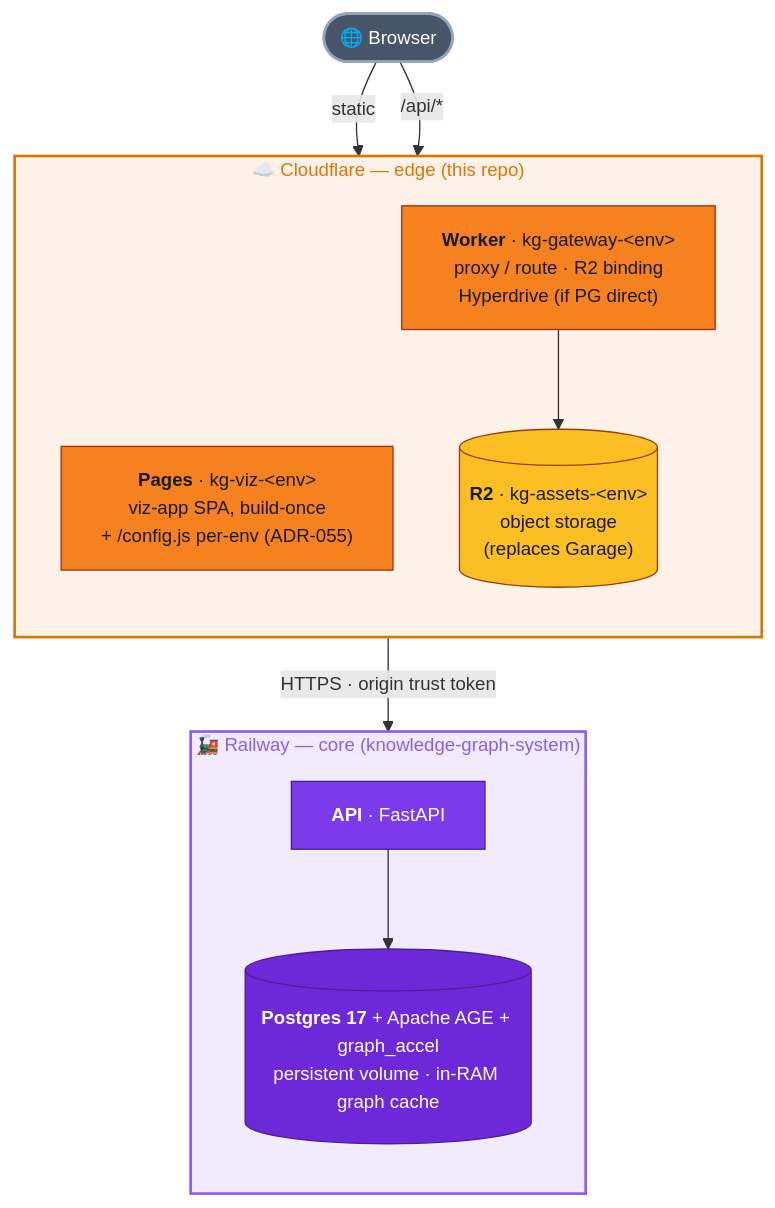
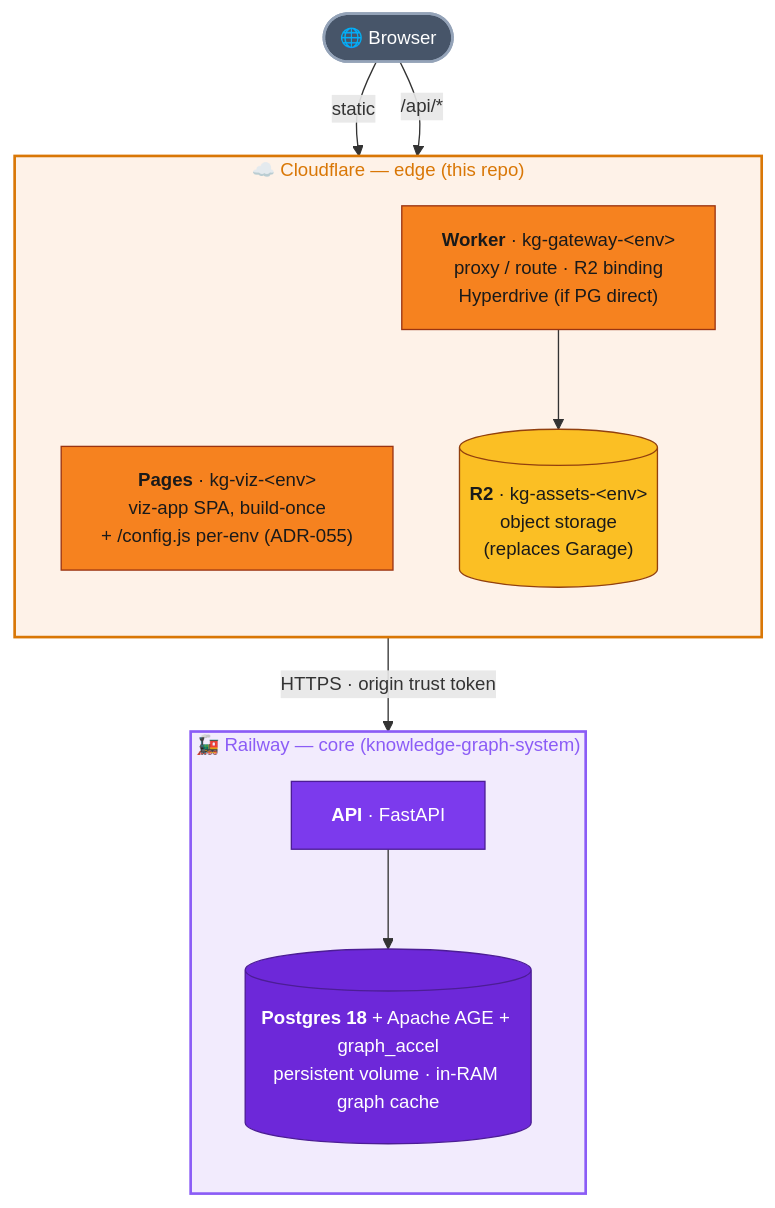
Before and after one commit to aaronsb/kg-cloud: the diagram in README.md, drawn with Mermaid. The commit also changed other lines of this file and 2 other files, not shown here.

Commit message:
docs: bump Postgres 17->18; add project-local Mermaid palette way
- Postgres 18 in README diagram/table and ADR-001 (moved to 18 post-analysis)
- .claude/ways: capture the dual-theme Mermaid palette as a project way

````diff
--- a/README.md
+++ b/README.md
@@ -21,35 +21,35 @@
 ```mermaid
 %%{init: {"flowchart": {"curve": "basis"}, "themeVariables": {"fontSize": "14px"}}}%%
 flowchart TB
     Browser(["🌐 Browser"])
 
     subgraph CF["☁️ Cloudflare — edge (this repo)"]
         direction TB
         Pages["<b>Pages</b> · kg-viz-&lt;env&gt;<br/>viz-app SPA, build-once<br/>+ /config.js per-env (ADR-055)"]
         Worker["<b>Worker</b> · kg-gateway-&lt;env&gt;<br/>proxy / route · R2 binding<br/>Hyperdrive (if PG direct)"]
         R2[("<b>R2</b> · kg-assets-&lt;env&gt;<br/>object storage<br/>(replaces Garage)")]
     end
 
     subgraph RW["🚂 Railway — core (knowledge-graph-system)"]
         direction TB
         API["<b>API</b> · FastAPI"]
-        DB[("<b>Postgres 17</b> + Apache AGE + graph_accel<br/>persistent volume · in-RAM graph cache")]
+        DB[("<b>Postgres 18</b> + Apache AGE + graph_accel<br/>persistent volume · in-RAM graph cache")]
     end
 
     Browser -->|"static"| Pages
     Browser -->|"/api/*"| Worker
     Worker --> R2
     Worker -->|"HTTPS · origin trust token"| API
     API --> DB
 
     %% Dual-theme palette: explicit text colors per node so legibility
     %% never depends on the viewer's light/dark background.
     style CF fill:#f6821f1a,stroke:#d97706,stroke-width:2px,color:#d97706
     style RW fill:#7c3aed1a,stroke:#8b5cf6,stroke-width:2px,color:#8b5cf6
     style Browser fill:#475569,stroke:#94a3b8,stroke-width:2px,color:#ffffff
     style Pages fill:#f6821f,stroke:#9a3412,stroke-width:1px,color:#1a1a1a
     style Worker fill:#f6821f,stroke:#9a3412,stroke-width:1px,color:#1a1a1a
     style R2 fill:#fbbf24,stroke:#92400e,stroke-width:1px,color:#1a1a1a
     style API fill:#7c3aed,stroke:#4c1d95,stroke-width:1px,color:#ffffff
     style DB fill:#6d28d9,stroke:#4c1d95,stroke-width:1px,color:#ffffff
 ```
````
